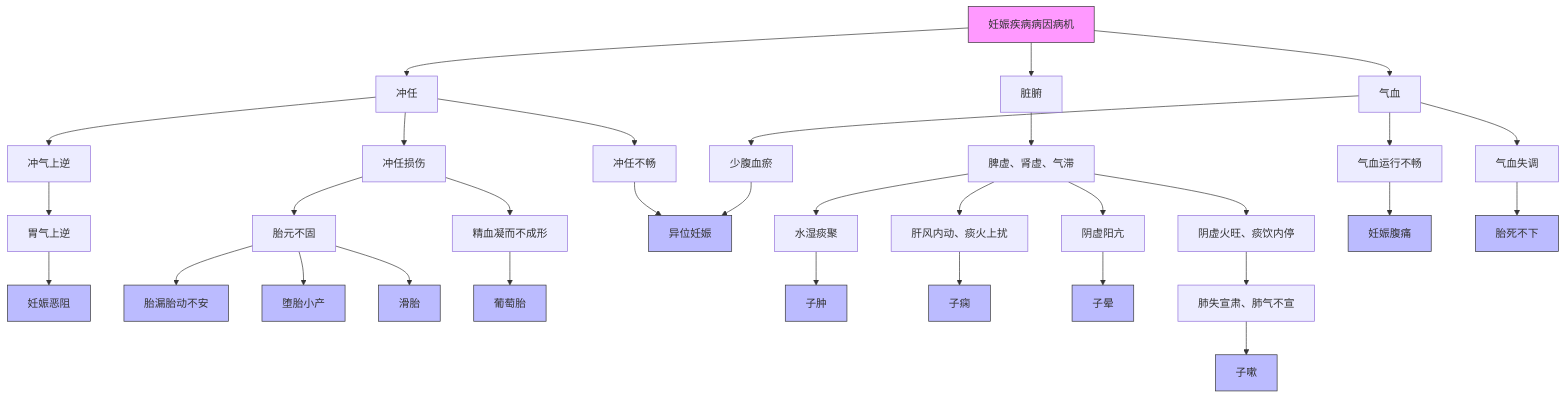
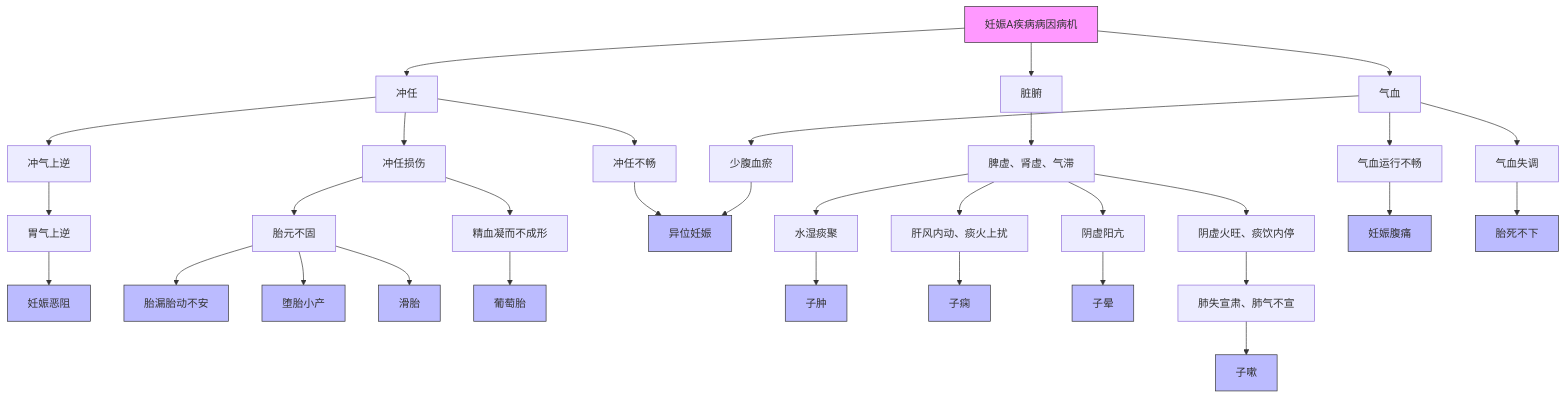
Before and after one commit to lili23755/iodraw-files: the diagram in all/未命名.md, drawn with Mermaid.

Commit message:
2025-04-04 11:21:21 update

````diff
--- a/all/未命名.md
+++ b/all/未命名.md
@@ -1,35 +1,35 @@
 ```mermaid
 flowchart TD
-    A[妊娠疾病病因病机] --> B[冲任]
+    A[妊娠A疾病病因病机] --> B[冲任]
     A --> C[脏腑]
     A --> D[气血]
     
     B --> B1[冲气上逆]--> B1a[胃气上逆]--> 妊娠恶阻
     B --> B2[冲任损伤] --> B2a[胎元不固] -->胎漏胎动不安 & 堕胎小产 & 滑胎
     B2[冲任损伤] --> B2b[精血凝而不成形] -->葡萄胎 
     B --> B3[冲任不畅] --> 异位妊娠
     
     C --> C1[脾虚、肾虚、气滞] --> C1a[水湿痰聚] --> 子肿
     C1 --> C1b[肝风内动、痰火上扰] --> 子痫
     C1 --> C1c[阴虚阳亢] --> 子晕
     C1 --> C1d[阴虚火旺、痰饮内停]--> C1d1[肺失宣肃、肺气不宣] --> 子嗽
     
     D --> D1[气血运行不畅] --> 妊娠腹痛
     D --> D2[气血失调] --> 胎死不下
     D --> D3[少腹血瘀] --> 异位妊娠
 
     style A fill:#f9f,stroke:#333
     style 妊娠恶阻 fill:#bbf,stroke:#333
     style 堕胎小产 fill:#bbf,stroke:#333
     style 滑胎 fill:#bbf,stroke:#333
     style 异位妊娠 fill:#bbf,stroke:#333
     style 子肿 fill:#bbf,stroke:#333
     style 子痫 fill:#bbf,stroke:#333
     style 胎漏胎动不安 fill:#bbf,stroke:#333
     style 胎死不下 fill:#bbf,stroke:#333
     style 妊娠腹痛 fill:#bbf,stroke:#333
     style 葡萄胎 fill:#bbf,stroke:#333
     style 子晕 fill:#bbf,stroke:#333
     style 子嗽 fill:#bbf,stroke:#333
 	  
 ```
````
